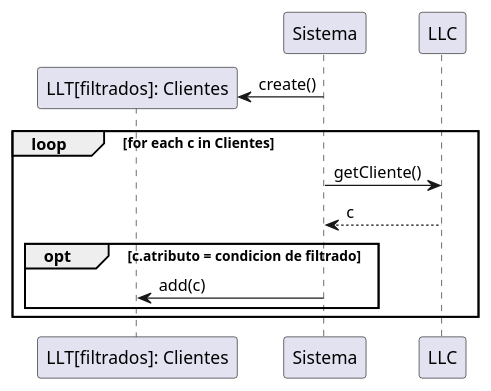
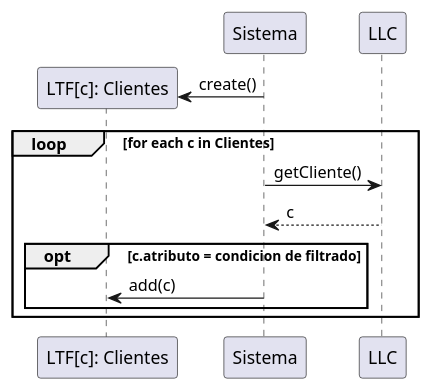
Before and after one commit to sandobaitt/TpDiseno: the seventh of 12 diagrams in tpi2/apunte.md, drawn with PlantUML. The commit also changed other lines of this file and 14 other files, not shown here.

Commit message:
refactor: update sequence diagrams, classes, and CRC cards for payment registration and include/extend flows

````diff
--- a/tpi2/apunte.md
+++ b/tpi2/apunte.md
@@ -299,12 +299,12 @@
 ```plantuml
-create "LLT[filtrados]: Clientes" as LLTF
-Sistema -> LLTF: create()
+create "LTF[c]: Clientes" as LTF
+Sistema -> LTF: create()
 
 loop for each c in Clientes
     Sistema -> LLC: getCliente()
     LLC --> Sistema: c
     opt c.atributo = condicion de filtrado
-        Sistema -> LLTF: add(c)
+        Sistema -> LTF: add(c)
     end
 end
 ```
````
